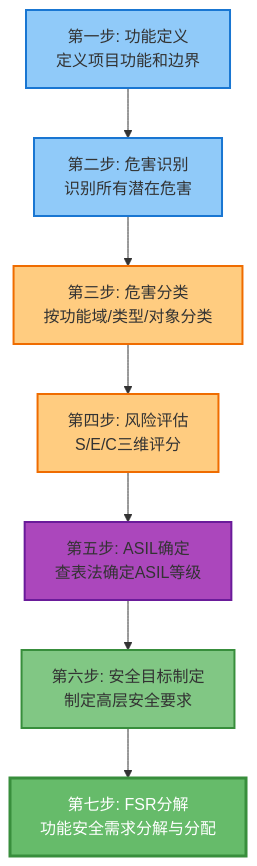
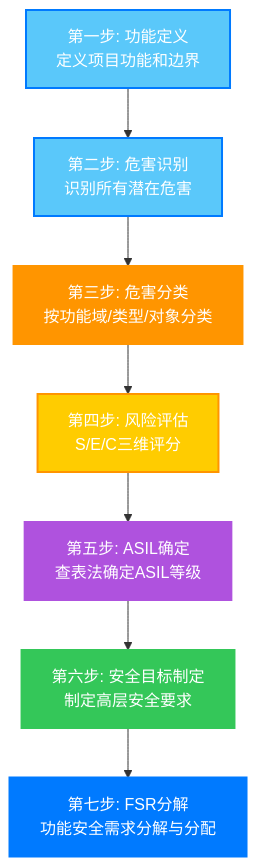
Before and after one commit to s-ai-unix/blog: the ninth of 13 diagrams in content/posts/2026-01-16-automotive-risk-analysis-overview.md, drawn with Mermaid. The commit also changed other lines of this file and 9 other files, not shown here.

````diff
--- a/content/posts/2026-01-16-automotive-risk-analysis-overview.md
+++ b/content/posts/2026-01-16-automotive-risk-analysis-overview.md
@@ -413,17 +491,17 @@
 ```mermaid
 flowchart TD
     A[第一步: 功能定义<br>定义项目功能和边界] --> B[第二步: 危害识别<br>识别所有潜在危害]
     B --> C[第三步: 危害分类<br>按功能域/类型/对象分类]
     C --> D[第四步: 风险评估<br>S/E/C三维评分]
     D --> E[第五步: ASIL确定<br>查表法确定ASIL等级]
     E --> F[第六步: 安全目标制定<br>制定高层安全要求]
     F --> G[第七步: FSR分解<br>功能安全需求分解与分配]
 
-    style A fill:#90caf9,stroke:#1976d2,stroke-width:2px
-    style B fill:#90caf9,stroke:#1976d2,stroke-width:2px
-    style C fill:#ffcc80,stroke:#ef6c00,stroke-width:2px
-    style D fill:#ffcc80,stroke:#ef6c00,stroke-width:2px
-    style E fill:#ab47bc,stroke:#6a1b9a,stroke-width:2px
-    style F fill:#81c784,stroke:#388e3c,stroke-width:2px
-    style G fill:#66bb6a,stroke:#388e3c,stroke-width:3px,color:#ffffff
+    style A fill:#5AC8FA,stroke:#007AFF,stroke-width:2px,color:#ffffff
+    style B fill:#5AC8FA,stroke:#007AFF,stroke-width:2px,color:#ffffff
+    style C fill:#FF9500,stroke:#FF9500,stroke-width:2px,color:#ffffff
+    style D fill:#FFCC00,stroke:#FF9500,stroke-width:2px,color:#ffffff
+    style E fill:#AF52DE,stroke:#AF52DE,stroke-width:2px,color:#ffffff
+    style F fill:#34C759,stroke:#34C759,stroke-width:2px,color:#ffffff
+    style G fill:#007AFF,stroke:#007AFF,stroke-width:3px,color:#ffffff
 ```
````
